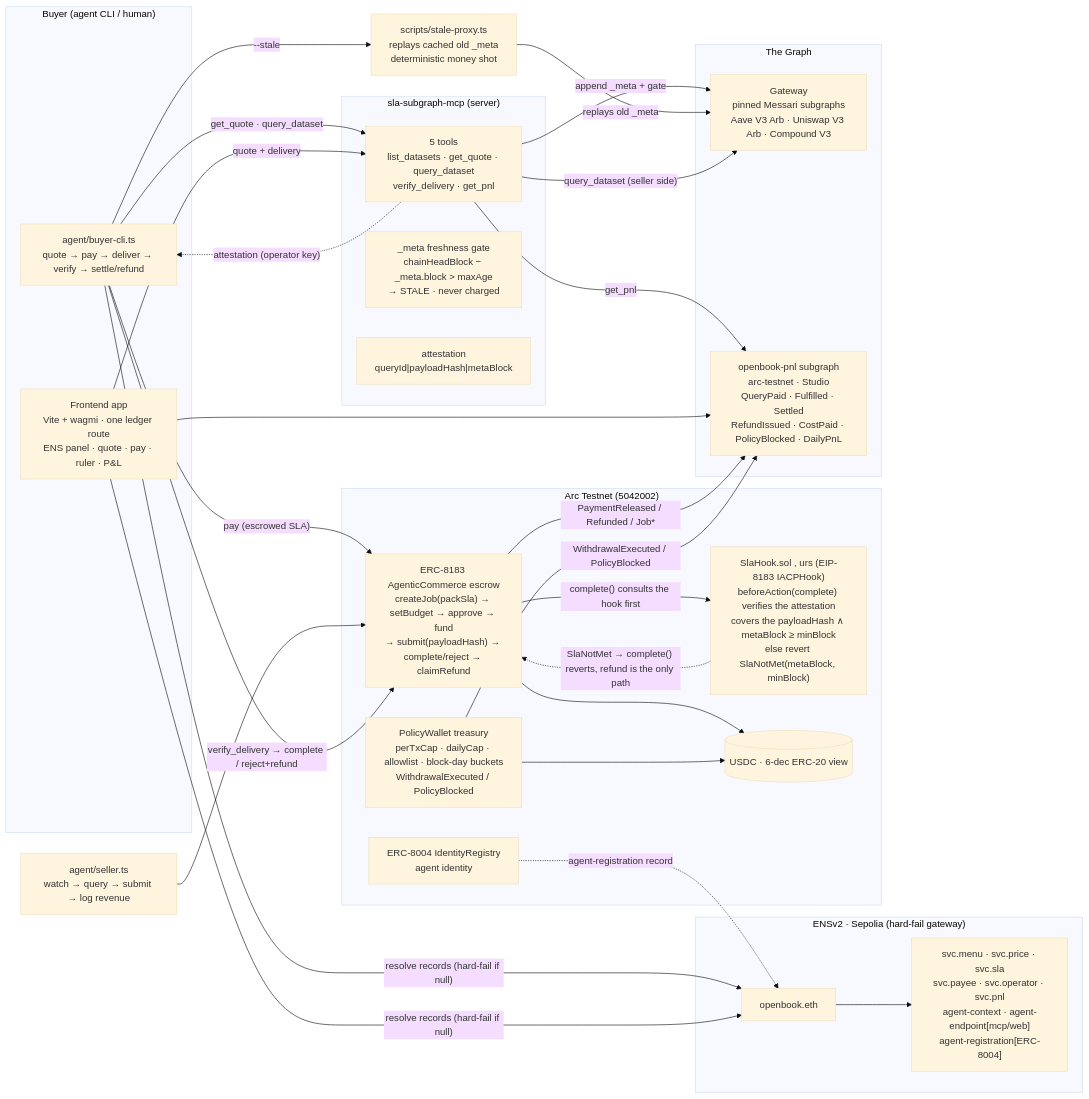
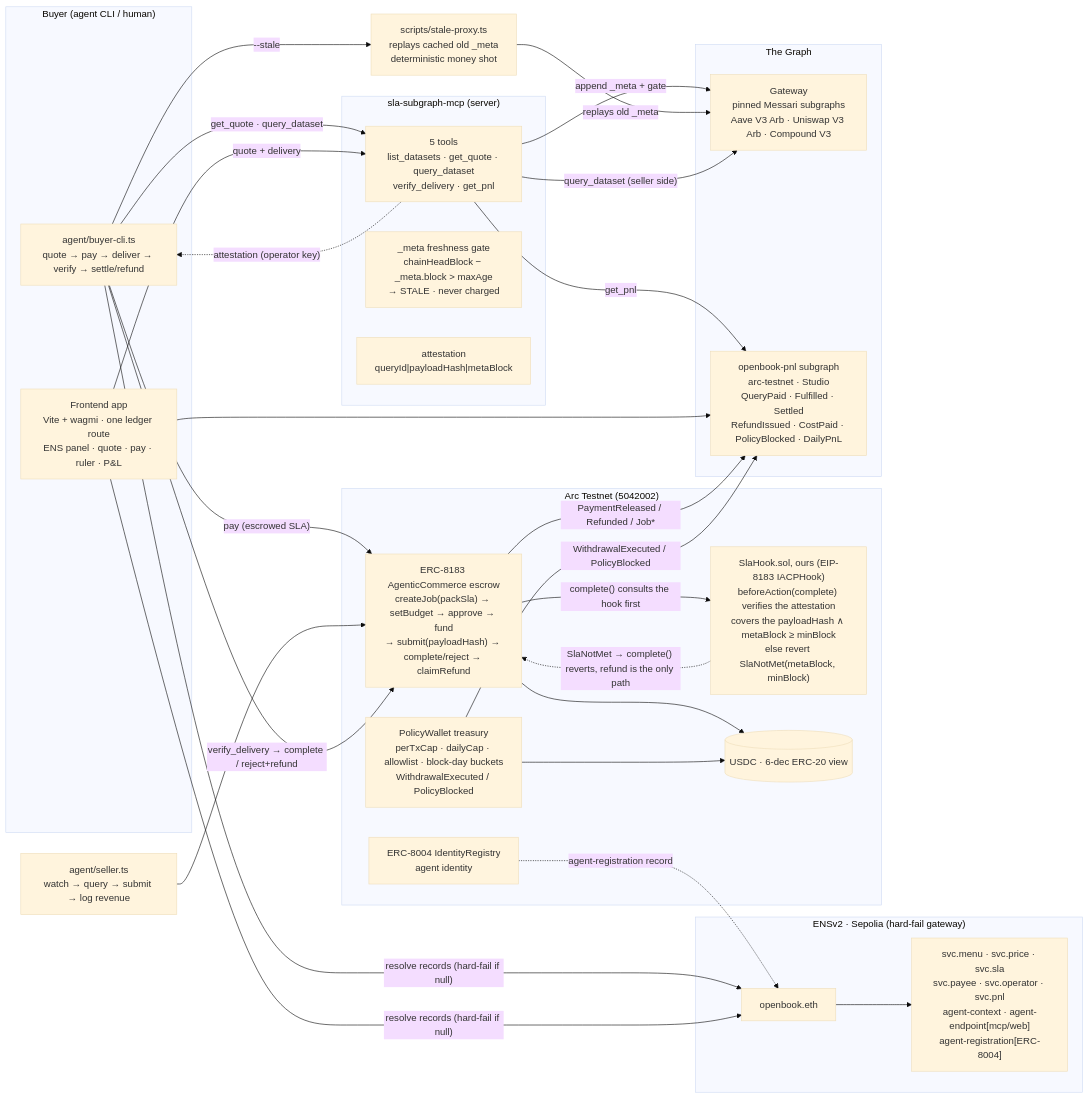
The diagram in docs/architecture.md (Aliserag/ethonline2026-openbook), drawn with Mermaid (base theme) before and after one commit. The commit also changed other lines of this file and 3 other files, not shown here.

````diff
--- a/docs/architecture.md
+++ b/docs/architecture.md
@@ -12,56 +12,56 @@
 ```mermaid
 flowchart LR
     subgraph BuyerSide["Buyer (agent CLI / human)"]
         BC[agent/buyer-cli.ts<br/>quote → pay → deliver → verify → settle/refund]
         FE[Frontend app<br/>Vite + wagmi · one ledger route<br/>ENS panel · quote · pay · ruler · P&L]
     end
 
     subgraph ENSv2["ENSv2 · Sepolia (hard-fail gateway)"]
         NAME[openbook.eth]
         RECS["svc.menu · svc.price · svc.sla<br/>svc.payee · svc.operator · svc.pnl<br/>agent-context · agent-endpoint[mcp/web]<br/>agent-registration[ERC-8004]"]
         NAME --> RECS
     end
 
     subgraph Arc["Arc Testnet (5042002)"]
         J["ERC-8183 AgenticCommerce escrow<br/>createJob(packSla) → setBudget → approve → fund<br/>→ submit(payloadHash) → complete/reject → claimRefund"]
-        HOOK["SlaHook.sol , urs (EIP-8183 IACPHook)<br/>beforeAction(complete) verifies the attestation<br/>covers the payloadHash ∧ metaBlock ≥ minBlock<br/>else revert SlaNotMet(metaBlock, minBlock)"]
+        HOOK["SlaHook.sol, ours (EIP-8183 IACPHook)<br/>beforeAction(complete) verifies the attestation<br/>covers the payloadHash ∧ metaBlock ≥ minBlock<br/>else revert SlaNotMet(metaBlock, minBlock)"]
         W["PolicyWallet treasury<br/>perTxCap · dailyCap · allowlist · block-day buckets<br/>WithdrawalExecuted / PolicyBlocked"]
         ID["ERC-8004 IdentityRegistry<br/>agent identity"]
         USDC[(USDC · 6-dec ERC-20 view)]
     end
 
     subgraph MCP["sla-subgraph-mcp (server)"]
         S["5 tools<br/>list_datasets · get_quote · query_dataset<br/>verify_delivery · get_pnl"]
         GATE["_meta freshness gate<br/>chainHeadBlock − _meta.block > maxAge<br/>→ STALE · never charged"]
         SIGN["attestation<br/>queryId|payloadHash|metaBlock"]
     end
 
     subgraph Graph["The Graph"]
         GW[Gateway<br/>pinned Messari subgraphs<br/>Aave V3 Arb · Uniswap V3 Arb · Compound V3]
         PNL[openbook-pnl subgraph<br/>arc-testnet · Studio<br/>QueryPaid · Fulfilled · Settled<br/>RefundIssued · CostPaid · PolicyBlocked · DailyPnL]
     end
 
     SP[scripts/stale-proxy.ts<br/>replays cached old _meta<br/>deterministic money shot]
 
     BC -->|"resolve records (hard-fail if null)"| NAME
     FE -->|"resolve records (hard-fail if null)"| NAME
     BC -->|"get_quote · query_dataset"| S
     FE -->|"quote + delivery"| S
     S -->|"append _meta + gate"| GW
     BC -->|"--stale"| SP
     SP -->|"replays old _meta"| GW
     BC -->|"pay (escrowed SLA)"| J
     S -->|"query_dataset (seller side)"| GW
     SEL[agent/seller.ts<br/>watch → query → submit → log revenue] --> J
     BC -->|"verify_delivery → complete / reject+refund"| J
     J -->|"complete() consults the hook first"| HOOK
     HOOK -.->|"SlaNotMet → complete() reverts, refund is the only path"| J
     J --> USDC
     J -->|"PaymentReleased / Refunded / Job*"| PNL
     W --> USDC
     W -->|"WithdrawalExecuted / PolicyBlocked"| PNL
     S -->|"get_pnl"| PNL
     FE --> PNL
     ID -.->|"agent-registration record"| NAME
     S -.->|"attestation (operator key)"| BC
 ```
````
